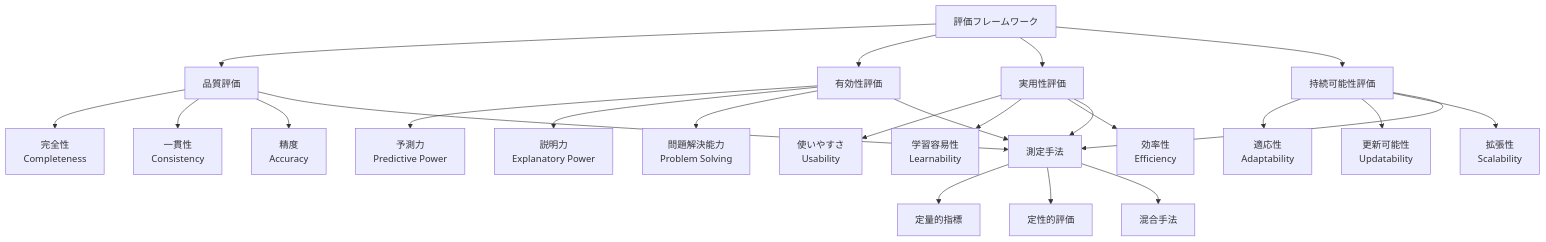
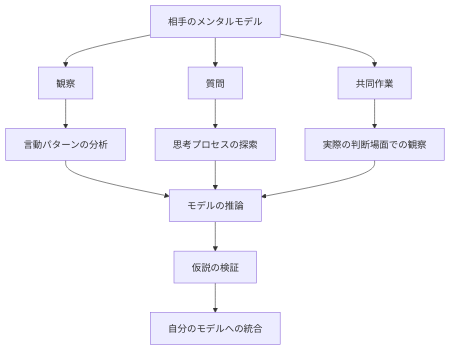
Before and after one commit to SparklingDetergent/doc_genai_mental_model: diagram 11 of 14 in README.md, drawn with Mermaid. The commit also changed other lines of this file, not shown here.

````diff
--- a/README.md
+++ b/README.md
@@ -304,37 +292,17 @@
 ```mermaid
-graph TD
-    A[評価フレームワーク] --> B[品質評価]
-    A --> C[有効性評価]
-    A --> D[実用性評価]
-    A --> E[持続可能性評価]
+graph TB
+    A[相手のメンタルモデル] --> B[観察]
+    A --> C[質問]
+    A --> D[共同作業]
     
-    B --> B1[完全性<br/>Completeness]
-    B --> B2[一貫性<br/>Consistency]
-    B --> B3[精度<br/>Accuracy]
+    B --> E[言動パターンの分析]
+    C --> F[思考プロセスの探索]
+    D --> G[実際の判断場面での観察]
     
-    C --> C1[予測力<br/>Predictive Power]
-    C --> C2[説明力<br/>Explanatory Power]
-    C --> C3[問題解決能力<br/>Problem Solving]
+    E --> H[モデルの推論]
+    F --> H
+    G --> H
     
-    D --> D1[使いやすさ<br/>Usability]
-    D --> D2[学習容易性<br/>Learnability]
-    D --> D3[効率性<br/>Efficiency]
-    
-    E --> E1[適応性<br/>Adaptability]
-    E --> E2[更新可能性<br/>Updatability]
-    E --> E3[拡張性<br/>Scalability]
-    
-    F[測定手法] --> F1[定量的指標]
-    F --> F2[定性的評価]
-    F --> F3[混合手法]
-    
-    B --> F
-    C --> F
-    D --> F
-    E --> F
-    
-    click B1 "#理論的基盤"
-    click C1 "#応用事例"
-    click D1 "#可視化技術"
-    click E1 "#今後の研究方向"
+    H --> I[仮説の検証]
+    I --> J[自分のモデルへの統合]
 ```
````
